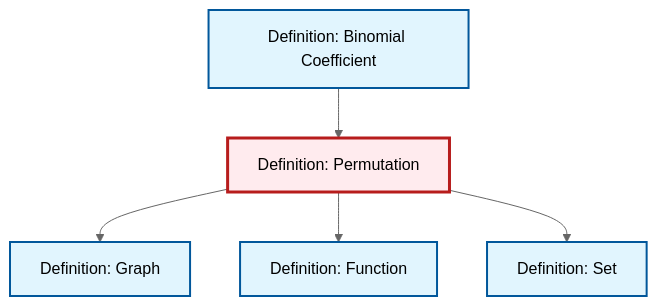
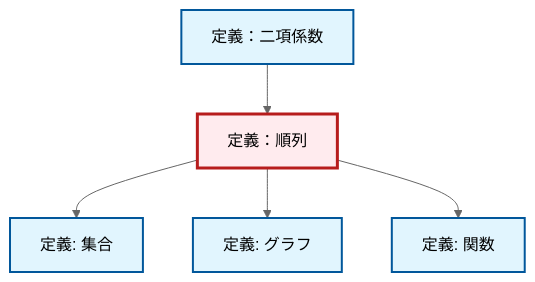
Before and after one commit to RK0429/ModernMath: the diagram in content/ja/combinatorics/def-permutation.qmd, drawn with Mermaid (neutral theme). The commit also changed 1069 other files, not shown here.

````diff
--- a/content/ja/combinatorics/def-permutation.qmd
+++ b/content/ja/combinatorics/def-permutation.qmd
@@ -54,23 +54,23 @@
 ```{mermaid}
 %%| fig-cap: "Local dependency graph"
 graph TD
     classDef definition fill:#e1f5fe,stroke:#01579b,stroke-width:2px
     classDef theorem fill:#f3e5f5,stroke:#4a148c,stroke-width:2px
     classDef axiom fill:#fff3e0,stroke:#e65100,stroke-width:2px
     classDef example fill:#e8f5e9,stroke:#1b5e20,stroke-width:2px
     classDef current fill:#ffebee,stroke:#b71c1c,stroke-width:3px
-    def-set["Definition: Set"]:::definition
-    def-binomial-coefficient["Definition: Binomial Coefficient"]:::definition
-    def-graph["Definition: Graph"]:::definition
-    def-permutation["Definition: Permutation"]:::definition
-    def-function["Definition: Function"]:::definition
-    def-binomial-coefficient --> def-permutation
+    def-graph["定義: グラフ"]:::definition
+    def-set["定義: 集合"]:::definition
+    def-function["定義: 関数"]:::definition
+    def-binomial-coefficient["定義：二項係数"]:::definition
+    def-permutation["定義：順列"]:::definition
+    def-permutation --> def-set
     def-permutation --> def-graph
     def-permutation --> def-function
-    def-permutation --> def-set
+    def-binomial-coefficient --> def-permutation
     class def-permutation current
-    click def-set "def-set.html" "Definition: Setへ"
-    click def-binomial-coefficient "def-binomial-coefficient.html" "Definition: Binomial Coefficientへ"
-    click def-graph "def-graph.html" "Definition: Graphへ"
-    click def-function "def-function.html" "Definition: Functionへ"
+    click def-graph "def-graph.html" "グラフの定義へ"
+    click def-set "def-set.html" "集合の定義へ"
+    click def-function "def-function.html" "関数の定義へ"
+    click def-binomial-coefficient "def-binomial-coefficient.html" "定義：二項係数へ"
 ```
````
